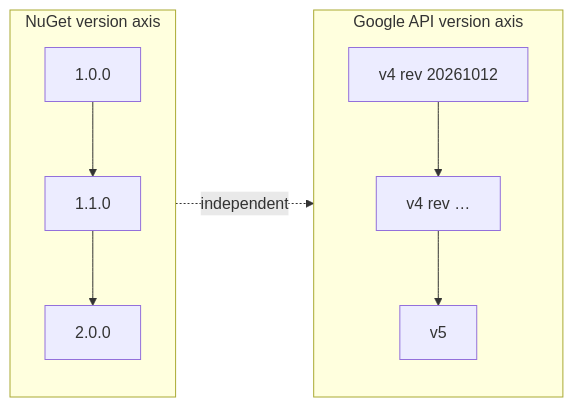
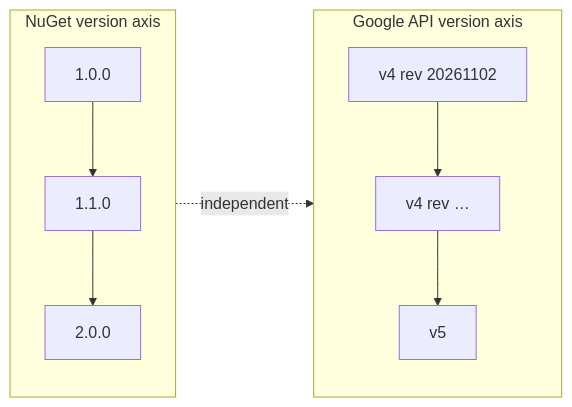
One commit to kkdev92/health-data-dotnet changed the diagram in docs/compatibility.md. Above: the diagram before and after it, drawn with Mermaid. The commit also changed 252 other files, not shown here.

````diff
--- a/docs/compatibility.md
+++ b/docs/compatibility.md
@@ -6,10 +6,10 @@
 ```mermaid
 flowchart LR
     subgraph NUGET["NuGet version axis"]
         N1["1.0.0"] --> N2["1.1.0"] --> N3["2.0.0"]
     end
     subgraph GOOGLE["Google API version axis"]
-        G1["v4 rev 20261012"] --> G2["v4 rev …"] --> G3["v5"]
+        G1["v4 rev 20261102"] --> G2["v4 rev …"] --> G3["v5"]
     end
     NUGET -.->|"independent"| GOOGLE
 ```
````
